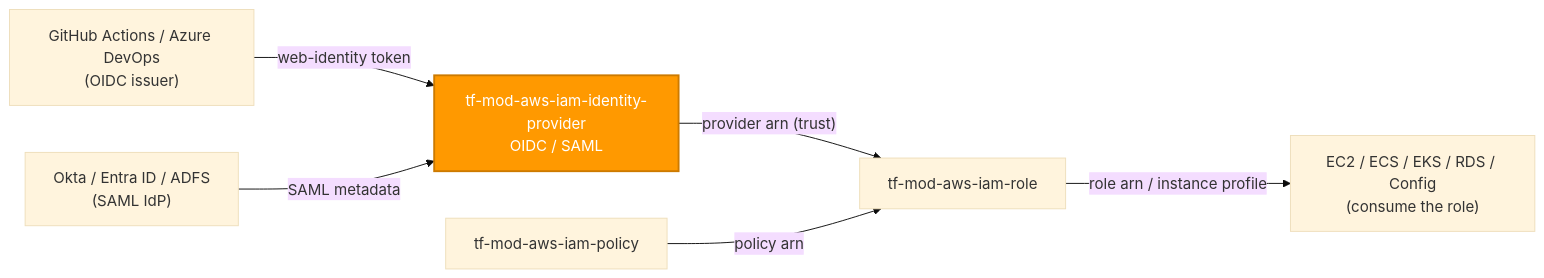
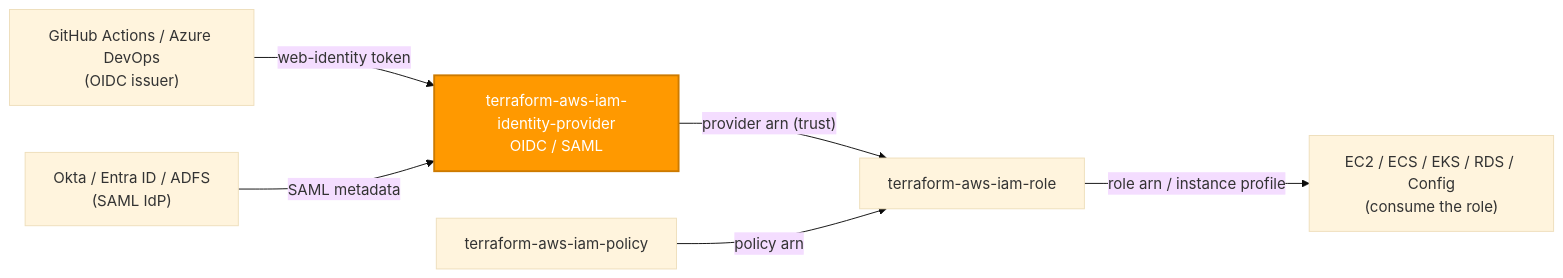
Before and after one commit to microsoftexpert/terraform-aws-iam-identity-provider: the first of 2 diagrams in README.md, drawn with Mermaid (base theme). The commit also changed other lines of this file and 2 other files, not shown here.

````diff
--- a/README.md
+++ b/README.md
@@ -43,17 +43,17 @@
 ```mermaid
 flowchart LR
- idp["tf-mod-aws-iam-identity-provider<br/>OIDC / SAML"]
- role["tf-mod-aws-iam-role"]
- policy["tf-mod-aws-iam-policy"]
+ idp["terraform-aws-iam-identity-provider<br/>OIDC / SAML"]
+ role["terraform-aws-iam-role"]
+ policy["terraform-aws-iam-policy"]
  gha["GitHub Actions / Azure DevOps<br/>(OIDC issuer)"]
  okta["Okta / Entra ID / ADFS<br/>(SAML IdP)"]
  svc["EC2 / ECS / EKS / RDS / Config<br/>(consume the role)"]
 
  gha -->|"web-identity token"| idp
  okta -->|"SAML metadata"| idp
  idp -->|"provider arn (trust)"| role
  policy -->|"policy arn"| role
  role -->|"role arn / instance profile"| svc
 
  style idp fill:#FF9900,color:#fff,stroke:#cc7a00,stroke-width:2px
 ```
````
